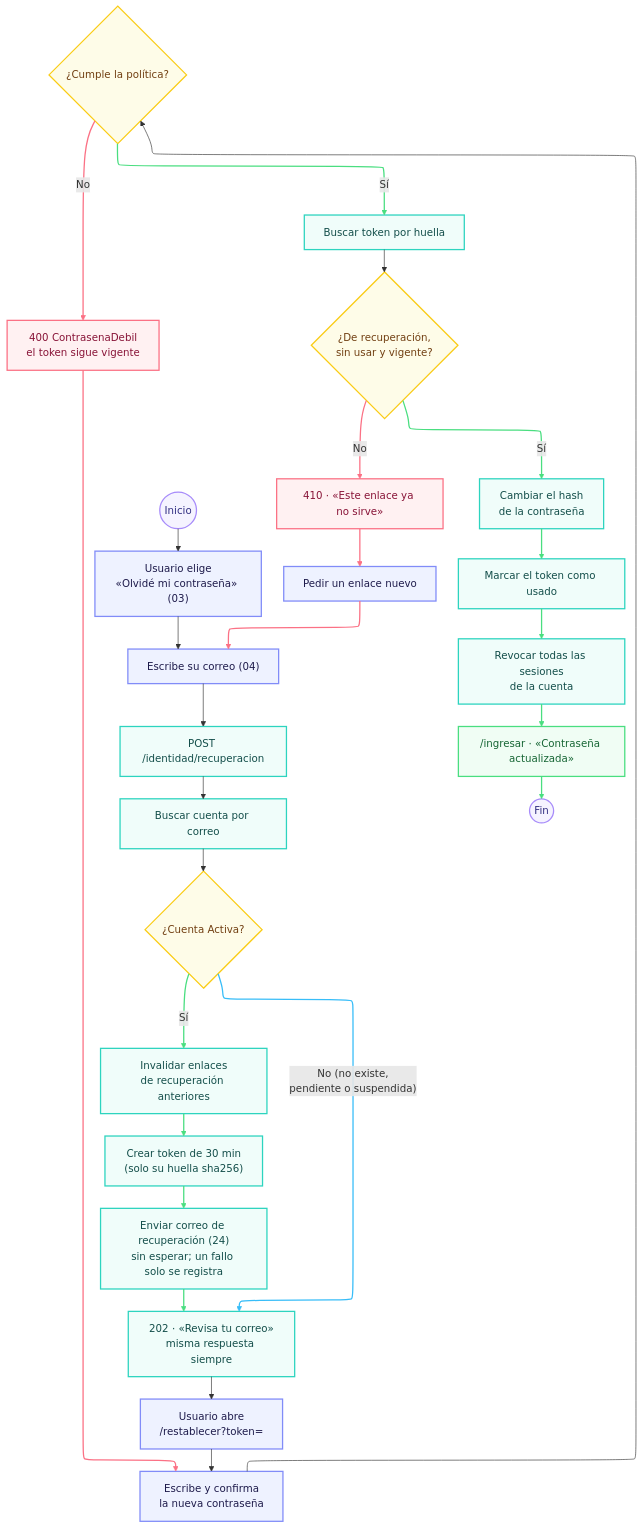
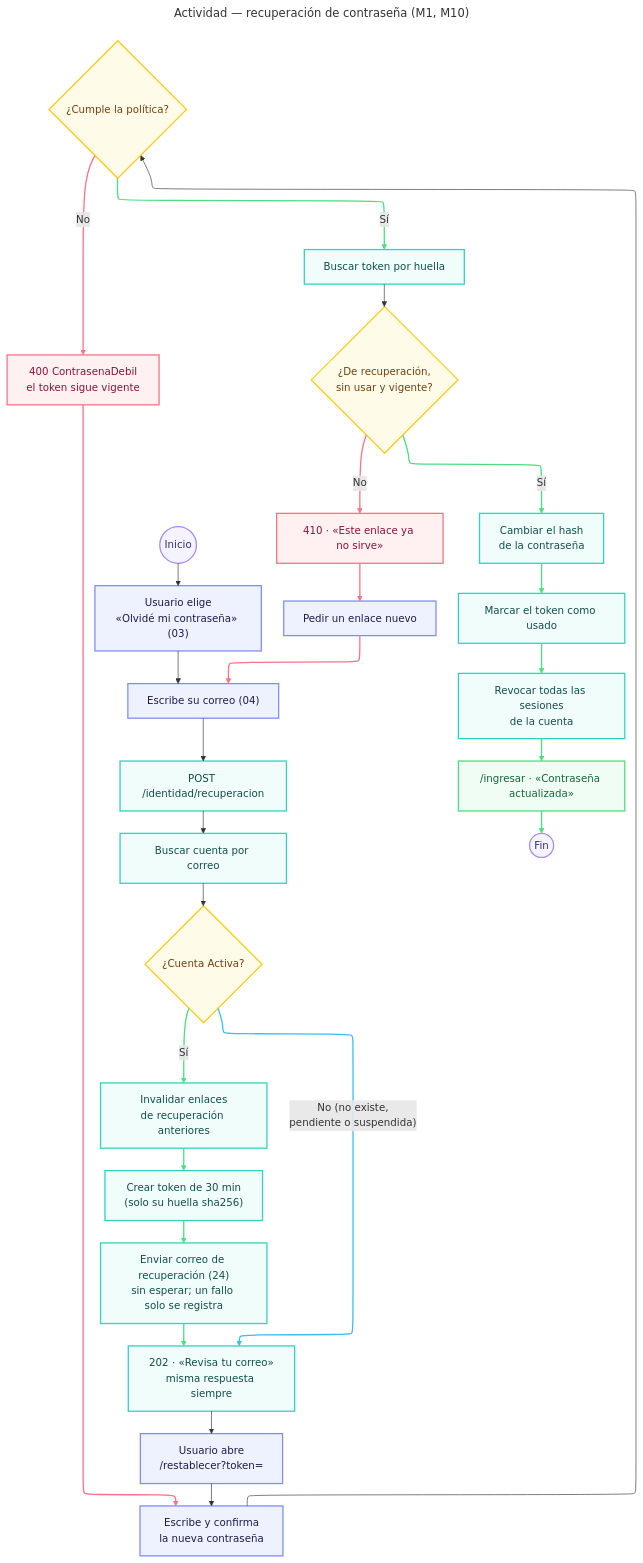
One commit to derekCmorales/deploya changed the diagram in docs/diagramas/m1-m10/m1-actividad-recuperacion-contrasena.mmd. Above: the diagram before and after it, drawn with Mermaid. The commit also changed 100 other files, not shown here.

```diff
--- a/docs/diagramas/m1-m10/m1-actividad-recuperacion-contrasena.mmd
+++ b/docs/diagramas/m1-m10/m1-actividad-recuperacion-contrasena.mmd
@@ -1,88 +1,89 @@
 ---
+title: Actividad — recuperación de contraseña (M1, M10)
 config:
   layout: elk
 ---
 flowchart TD
 
     START((Inicio))
 
     A["Usuario elige<br/>«Olvidé mi contraseña» (03)"]
     B["Escribe su correo (04)"]
     C["POST /identidad/recuperacion"]
     D["Buscar cuenta por correo"]
 
     E{"¿Cuenta Activa?"}
 
     F["Invalidar enlaces<br/>de recuperación anteriores"]
     G["Crear token de 30 min<br/>(solo su huella sha256)"]
     H["Enviar correo de recuperación (24)<br/>sin esperar; un fallo solo se registra"]
     I["202 · «Revisa tu correo»<br/>misma respuesta siempre"]
 
     J["Usuario abre<br/>/restablecer?token="]
     P["Escribe y confirma<br/>la nueva contraseña"]
 
     V{"¿Cumple la política?"}
     W["400 ContrasenaDebil<br/>el token sigue vigente"]
 
     K["Buscar token por huella"]
     L{"¿De recuperación,<br/>sin usar y vigente?"}
 
     M["410 · «Este enlace ya no sirve»"]
     N["Pedir un enlace nuevo"]
 
     Q["Cambiar el hash<br/>de la contraseña"]
     R["Marcar el token como usado"]
     S["Revocar todas las sesiones<br/>de la cuenta"]
     T["/ingresar · «Contraseña actualizada»"]
 
     END((Fin))
 
     START --> A
     A --> B
     B --> C
     C --> D
     D --> E
 
     E -->|"No (no existe,<br/>pendiente o suspendida)"| I
     E -->|"Sí"| F
     F --> G
     G --> H
     H --> I
 
     I --> J
     J --> P
     P --> V
 
     V -->|"No"| W
     W --> P
     V -->|"Sí"| K
     K --> L
 
     L -->|"No"| M
     M --> N
     N --> B
 
     L -->|"Sí"| Q
     Q --> R
     R --> S
     S --> T
     T --> END
 
     classDef startEnd fill:#f5f3ff,stroke:#a78bfa,stroke-width:2px,color:#312e81;
     classDef userAction fill:#eef2ff,stroke:#818cf8,stroke-width:2px,color:#1e1b4b;
     classDef systemProcess fill:#f0fdfa,stroke:#2dd4bf,stroke-width:2px,color:#134e4a;
     classDef decision fill:#fefce8,stroke:#facc15,stroke-width:2px,color:#713f12;
     classDef error fill:#fff1f2,stroke:#fb7185,stroke-width:2px,color:#881337;
     classDef success fill:#f0fdf4,stroke:#4ade80,stroke-width:2px,color:#166534;
 
     class START,END startEnd;
     class A,B,J,P,N userAction;
     class C,D,F,G,H,I,K,Q,R,S systemProcess;
     class E,V,L decision;
     class M,W error;
     class T success;
 
     linkStyle 5 stroke:#38bdf8,stroke-width:2px;
     linkStyle 6,7,8,9 stroke:#4ade80,stroke-width:2px;
     linkStyle 13,14,17,18,19 stroke:#fb7185,stroke-width:2px;
     linkStyle 15,20,21,22,23,24 stroke:#4ade80,stroke-width:2px;
```
